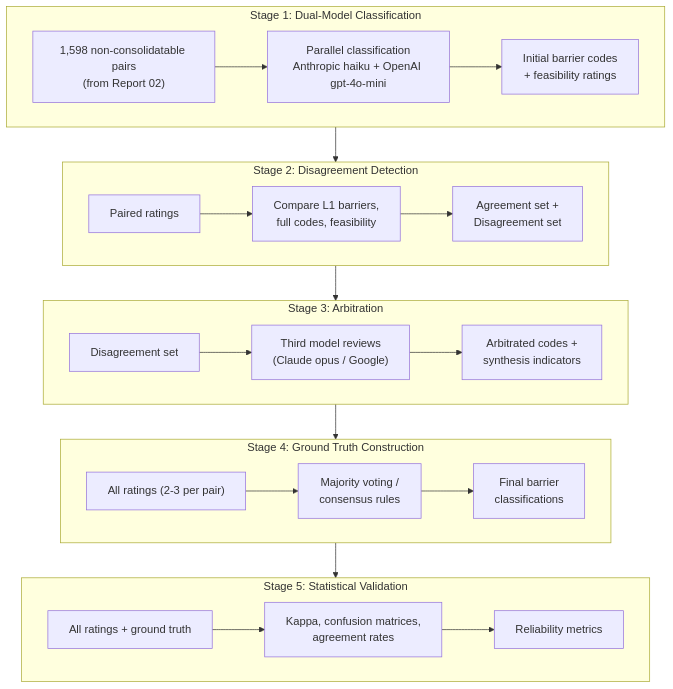
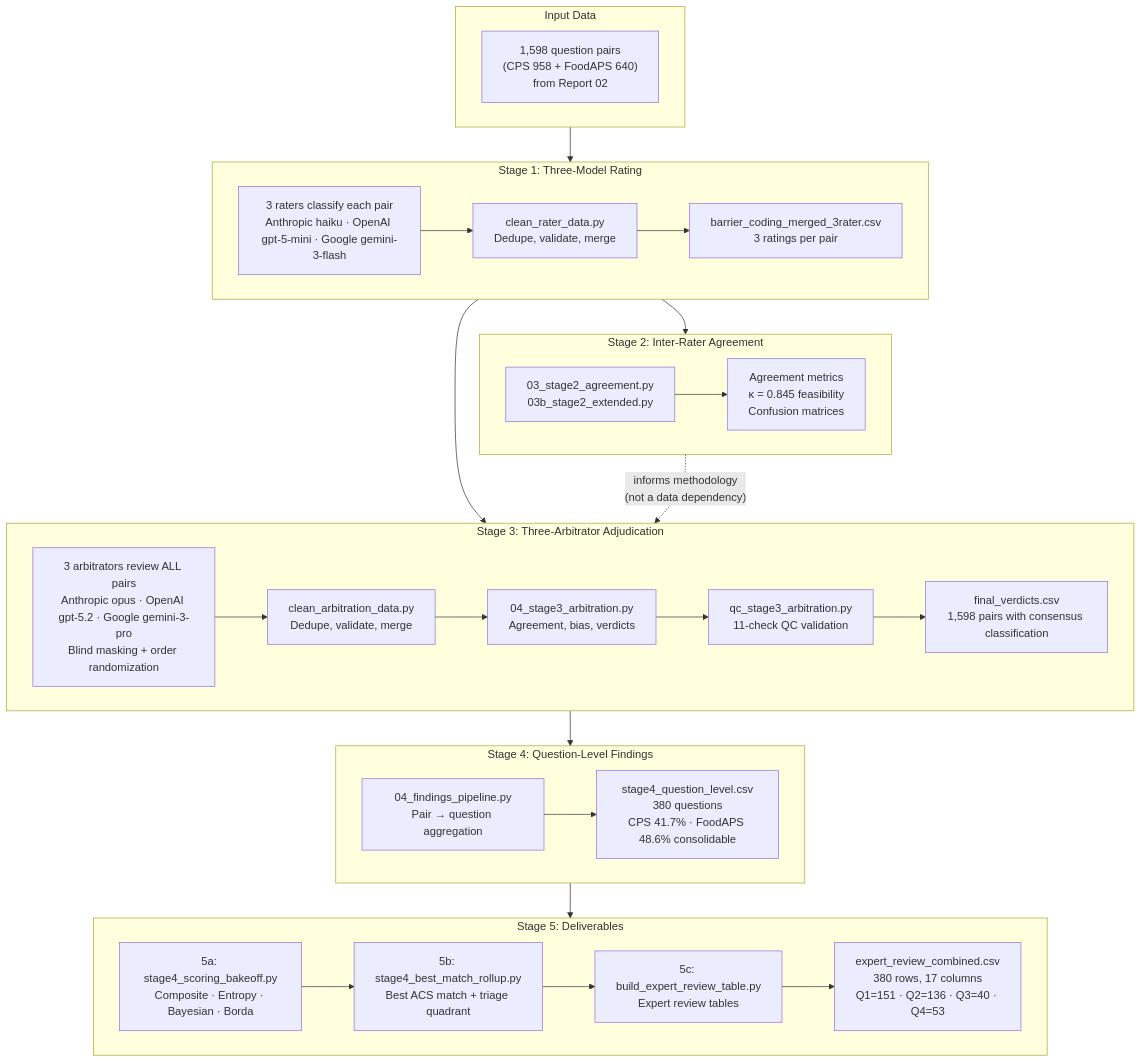
The first of 2 diagrams in reports/03_harmonization_constraints/docs/pipeline_diagram.md (brockwebb/federal-survey-concept-mapper), drawn with Mermaid before and after one commit. The commit also changed other lines of this file and 39 other files, not shown here.

````diff
--- a/reports/03_harmonization_constraints/docs/pipeline_diagram.md
+++ b/reports/03_harmonization_constraints/docs/pipeline_diagram.md
@@ -5,42 +7,49 @@
 ```mermaid
 flowchart TD
-    subgraph Stage1["Stage 1: Dual-Model Classification"]
-        S1_IN["1,598 non-consolidatable pairs<br/>(from Report 02)"]
-        S1_PROC["Parallel classification<br/>Anthropic haiku + OpenAI gpt-4o-mini"]
-        S1_OUT["Initial barrier codes<br/>+ feasibility ratings"]
-        S1_IN --> S1_PROC --> S1_OUT
+    subgraph Input["Input Data"]
+        IN["1,598 question pairs<br/>(CPS 958 + FoodAPS 640)<br/>from Report 02"]
     end
 
-    subgraph Stage2["Stage 2: Disagreement Detection"]
-        S2_IN["Paired ratings"]
-        S2_PROC["Compare L1 barriers,<br/>full codes, feasibility"]
-        S2_OUT["Agreement set +<br/>Disagreement set"]
-        S2_IN --> S2_PROC --> S2_OUT
+    subgraph Stage1["Stage 1: Three-Model Rating"]
+        S1_PROC["3 raters classify each pair<br/>Anthropic haiku · OpenAI gpt-5-mini · Google gemini-3-flash"]
+        S1_CLEAN["clean_rater_data.py<br/>Dedupe, validate, merge"]
+        S1_OUT["barrier_coding_merged_3rater.csv<br/>3 ratings per pair"]
+        S1_PROC --> S1_CLEAN --> S1_OUT
     end
 
-    subgraph Stage3["Stage 3: Arbitration"]
-        S3_IN["Disagreement set"]
-        S3_PROC["Third model reviews<br/>(Claude opus / Google)"]
-        S3_OUT["Arbitrated codes +<br/>synthesis indicators"]
-        S3_IN --> S3_PROC --> S3_OUT
+    subgraph Stage2["Stage 2: Inter-Rater Agreement"]
+        S2_PROC["03_stage2_agreement.py<br/>03b_stage2_extended.py"]
+        S2_OUT["Agreement metrics<br/>κ = 0.845 feasibility<br/>Confusion matrices"]
+        S2_PROC --> S2_OUT
     end
 
-    subgraph Stage4["Stage 4: Ground Truth Construction"]
-        S4_IN["All ratings (2-3 per pair)"]
-        S4_PROC["Majority voting /<br/>consensus rules"]
-        S4_OUT["Final barrier<br/>classifications"]
-        S4_IN --> S4_PROC --> S4_OUT
+    subgraph Stage3["Stage 3: Three-Arbitrator Adjudication"]
+        S3_PROC["3 arbitrators review ALL pairs<br/>Anthropic opus · OpenAI gpt-5.2 · Google gemini-3-pro<br/>Blind masking + order randomization"]
+        S3_CLEAN["clean_arbitration_data.py<br/>Dedupe, validate, merge"]
+        S3_ANALYSIS["04_stage3_arbitration.py<br/>Agreement, bias, verdicts"]
+        S3_QC["qc_stage3_arbitration.py<br/>11-check QC validation"]
+        S3_OUT["final_verdicts.csv<br/>1,598 pairs with consensus classification"]
+        S3_PROC --> S3_CLEAN --> S3_ANALYSIS --> S3_QC --> S3_OUT
     end
 
-    subgraph Stage5["Stage 5: Statistical Validation"]
-        S5_IN["All ratings + ground truth"]
-        S5_PROC["Kappa, confusion matrices,<br/>agreement rates"]
-        S5_OUT["Reliability metrics"]
-        S5_IN --> S5_PROC --> S5_OUT
+    subgraph Stage4["Stage 4: Question-Level Findings"]
+        S4_PROC["04_findings_pipeline.py<br/>Pair → question aggregation"]
+        S4_OUT["stage4_question_level.csv<br/>380 questions<br/>CPS 41.7% · FoodAPS 48.6% consolidable"]
+        S4_PROC --> S4_OUT
     end
 
+    subgraph Stage5["Stage 5: Deliverables"]
+        S5A["5a: stage4_scoring_bakeoff.py<br/>Composite · Entropy · Bayesian · Borda"]
+        S5B["5b: stage4_best_match_rollup.py<br/>Best ACS match + triage quadrant"]
+        S5C["5c: build_expert_review_table.py<br/>Expert review tables"]
+        S5_OUT["expert_review_combined.csv<br/>380 rows, 17 columns<br/>Q1=151 · Q2=136 · Q3=40 · Q4=53"]
+        S5A --> S5B --> S5C --> S5_OUT
+    end
+
+    Input --> Stage1
     Stage1 --> Stage2
-    Stage2 --> Stage3
+    Stage1 --> Stage3
+    Stage2 -.->|"informs methodology<br/>(not a data dependency)"| Stage3
     Stage3 --> Stage4
     Stage4 --> Stage5
 ```
````
